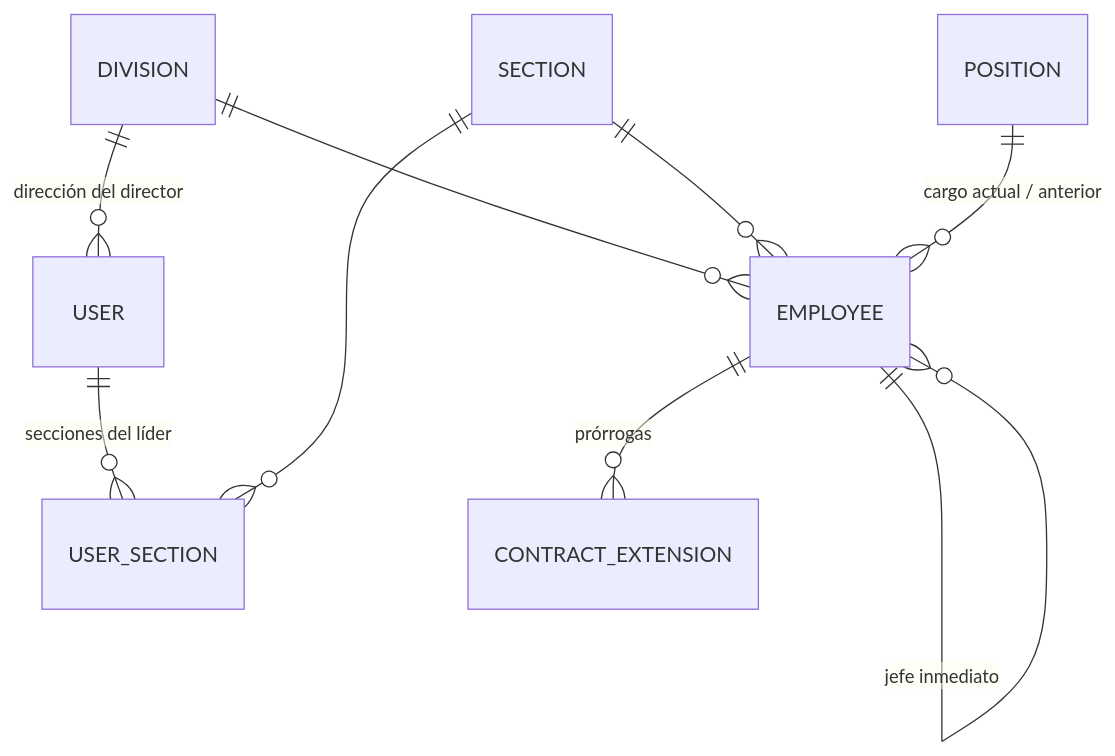
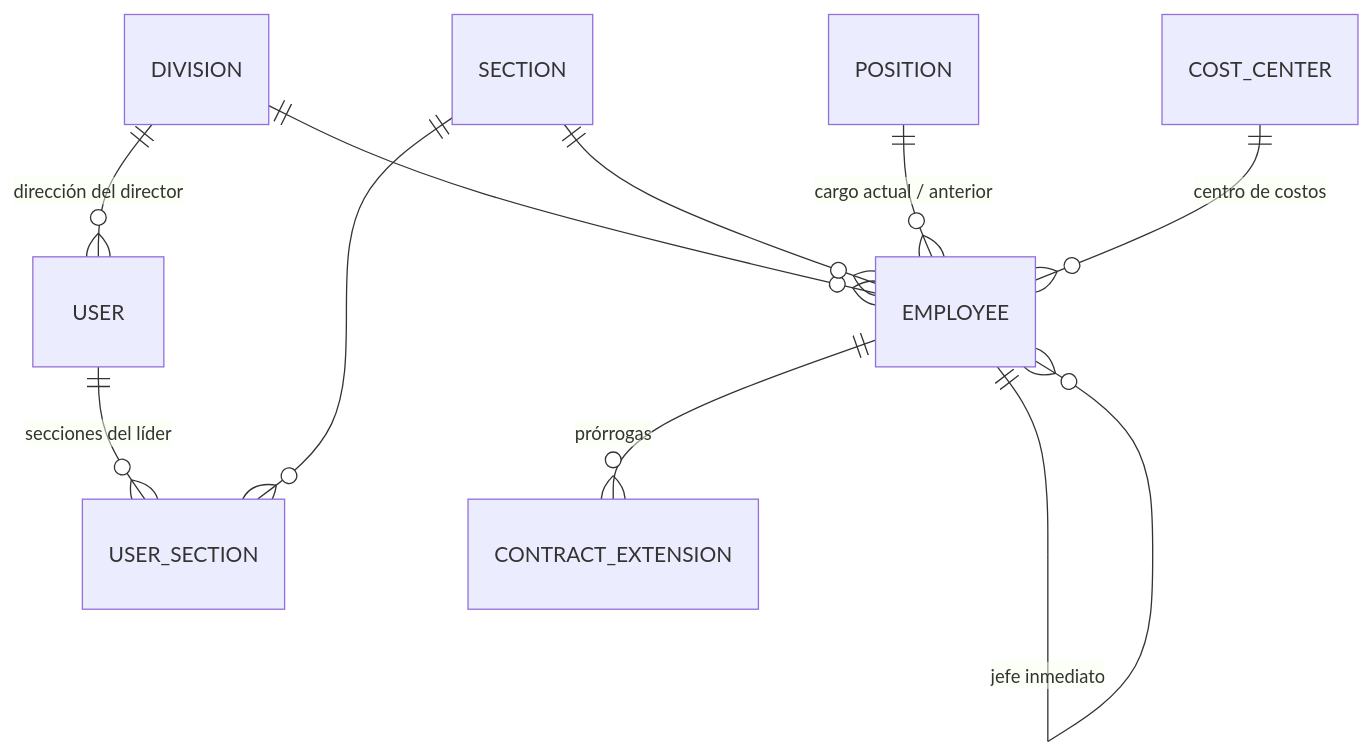
One commit to JuanTrujilloM/forjas-SIGTH changed the fourth of 4 diagrams in docs/DOCUMENTACION-TECNICA.md. Above: the diagram before and after it, drawn with Mermaid. The commit also changed other lines of this file, not shown here.

Commit message:
docs: document the cost center catalog

````diff
--- a/docs/DOCUMENTACION-TECNICA.md
+++ b/docs/DOCUMENTACION-TECNICA.md
@@ -249,11 +249,12 @@
 ```mermaid
 erDiagram
     DIVISION ||--o{ USER : "dirección del director"
     USER ||--o{ USER_SECTION : "secciones del líder"
     SECTION ||--o{ USER_SECTION : ""
     DIVISION ||--o{ EMPLOYEE : ""
     SECTION ||--o{ EMPLOYEE : ""
     POSITION ||--o{ EMPLOYEE : "cargo actual / anterior"
+    COST_CENTER ||--o{ EMPLOYEE : "centro de costos"
     EMPLOYEE ||--o{ EMPLOYEE : "jefe inmediato"
     EMPLOYEE ||--o{ CONTRACT_EXTENSION : "prórrogas"
 ```
````
